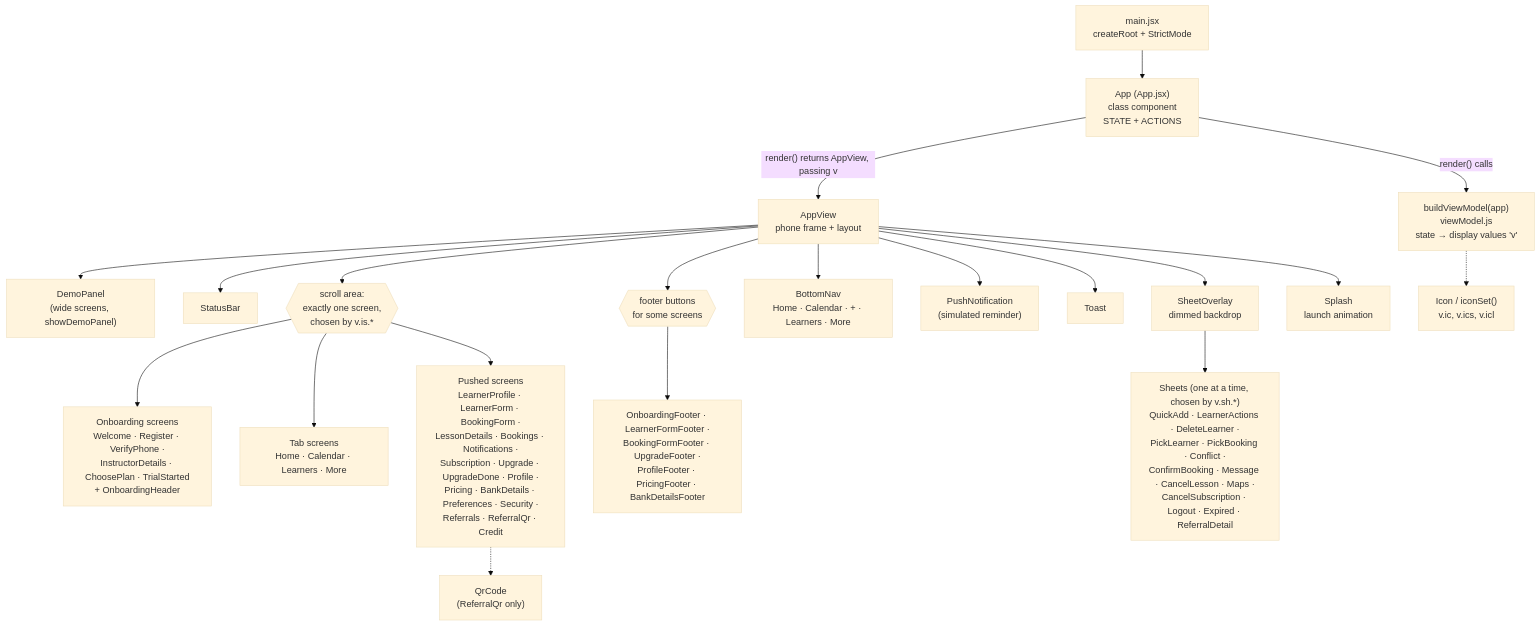
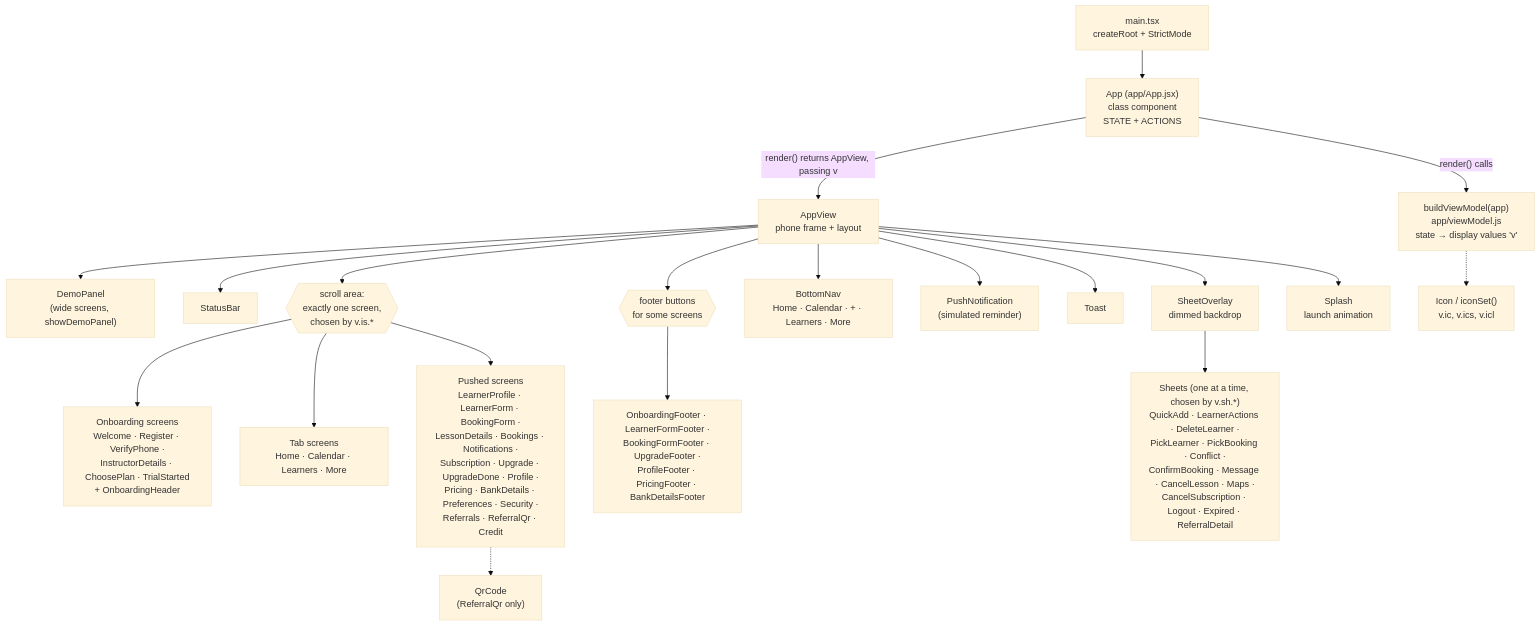
Before and after one commit to snehashisp/nexdrive: the third of 5 diagrams in docs/internal/component-diagram.md, drawn with Mermaid (base theme). The commit also changed other lines of this file and 99 other files, not shown here.

````diff
--- a/docs/internal/component-diagram.md
+++ b/docs/internal/component-diagram.md
@@ -82,32 +82,32 @@
 ```mermaid
 flowchart TD
-  MAIN["main.jsx<br/>createRoot + StrictMode"] --> APP
+  MAIN["main.tsx<br/>createRoot + StrictMode"] --> APP
 
-  APP["App (App.jsx)<br/>class component<br/>STATE + ACTIONS"]
-  VM["buildViewModel(app)<br/>viewModel.js<br/>state → display values 'v'"]
+  APP["App (app/App.jsx)<br/>class component<br/>STATE + ACTIONS"]
+  VM["buildViewModel(app)<br/>app/viewModel.js<br/>state → display values 'v'"]
   APP -- "render() calls" --> VM
   APP -- "render() returns AppView, passing v" --> VIEW
 
   VIEW["AppView<br/>phone frame + layout"]
 
   VIEW --> PANEL["DemoPanel<br/>(wide screens, showDemoPanel)"]
   VIEW --> STATUS["StatusBar"]
   VIEW --> SCROLL{{"scroll area:<br/>exactly one screen,<br/>chosen by v.is.*"}}
   VIEW --> FOOT{{"footer buttons<br/>for some screens"}}
   VIEW --> NAV["BottomNav<br/>Home · Calendar · + · Learners · More"]
   VIEW --> PUSH["PushNotification<br/>(simulated reminder)"]
   VIEW --> TOAST["Toast"]
   VIEW --> OVER["SheetOverlay<br/>dimmed backdrop"]
   VIEW --> SPLASH["Splash<br/>launch animation"]
 
   SCROLL --> OB["Onboarding screens<br/>Welcome · Register · VerifyPhone ·<br/>InstructorDetails · ChoosePlan · TrialStarted<br/>+ OnboardingHeader"]
   SCROLL --> MAINS["Tab screens<br/>Home · Calendar · Learners · More"]
   SCROLL --> DETAIL["Pushed screens<br/>LearnerProfile · LearnerForm · BookingForm ·<br/>LessonDetails · Bookings · Notifications ·<br/>Subscription · Upgrade · UpgradeDone · Profile ·<br/>Pricing · BankDetails · Preferences · Security ·<br/>Referrals · ReferralQr · Credit"]
 
   FOOT --> FOOTS["OnboardingFooter · LearnerFormFooter ·<br/>BookingFormFooter · UpgradeFooter ·<br/>ProfileFooter · PricingFooter · BankDetailsFooter"]
 
   OVER --> SHEETS["Sheets (one at a time, chosen by v.sh.*)<br/>QuickAdd · LearnerActions · DeleteLearner ·<br/>PickLearner · PickBooking · Conflict ·<br/>ConfirmBooking · Message · CancelLesson · Maps ·<br/>CancelSubscription · Logout · Expired · ReferralDetail"]
 
   DETAIL -.-> QR["QrCode<br/>(ReferralQr only)"]
   VM -.-> ICON["Icon / iconSet()<br/>v.ic, v.ics, v.icl"]
 ```
````
